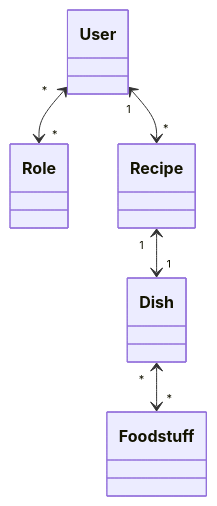
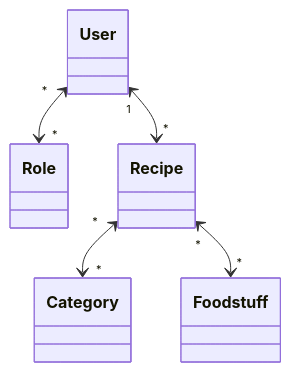
Before and after one commit to akvamarinel/HighLoad: the diagram in README.md, drawn with Mermaid. The commit also changed other lines of this file, not shown here.

Commit message:
docs: update documentation (README.md)

````diff
--- a/README.md
+++ b/README.md
@@ -12,8 +12,7 @@
 ```mermaid
 	classDiagram
 	User "*" <--> "*" Role
-
 	User "1" <--> "*" Recipe
-	Recipe "1" <--> "1" Dish
-	Dish "*" <--> "*" Foodstuff
+	Recipe "*" <--> "*" Category
+	Recipe "*" <--> "*" Foodstuff
 ```
````
